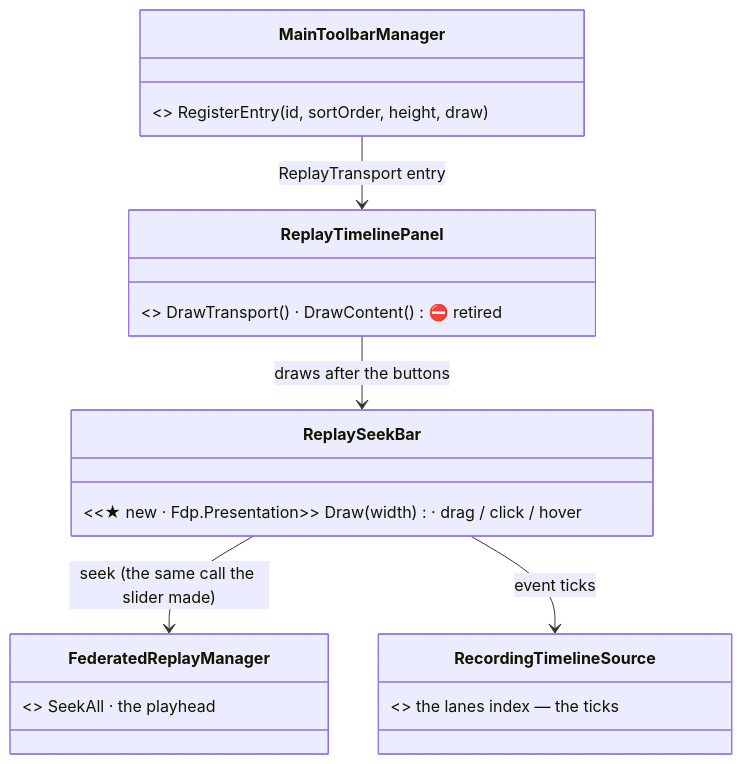
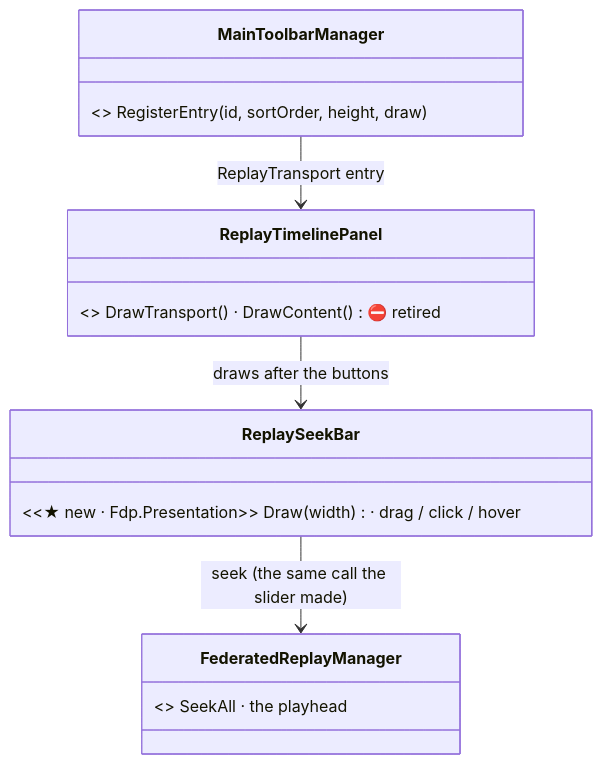
Before and after one commit to pjanec/HROT: the first of 2 diagrams in docs/UX/DESIGN_Replay_Browser_UX.md, drawn with Mermaid. The commit also changed other lines of this file and 7 other files, not shown here.

First line of the commit message:
Replay Browser answers (R-4155): no seek-bar ticks, Replay Timeline window retired, per-host main bars; its breakpoints use the shared condition editor; the seek-diff window label-first; show on map approved

````diff
--- a/docs/UX/DESIGN_Replay_Browser_UX.md
+++ b/docs/UX/DESIGN_Replay_Browser_UX.md
@@ -63,12 +65,10 @@
 ```mermaid
 classDiagram
   class MainToolbarManager { <<existing>> RegisterEntry(id, sortOrder, height, draw) }
   class ReplayTimelinePanel { <<existing>> DrawTransport() · DrawContent() ⛔ retired }
   class ReplaySeekBar { <<★ new · Fdp.Presentation>> Draw(width) · drag / click / hover }
   class FederatedReplayManager { <<existing>> SeekAll · the playhead }
-  class RecordingTimelineSource { <<existing>> the lanes index — the ticks }
   MainToolbarManager --> ReplayTimelinePanel : ReplayTransport entry
   ReplayTimelinePanel --> ReplaySeekBar : draws after the buttons
   ReplaySeekBar --> FederatedReplayManager : seek (the same call the slider made)
-  ReplaySeekBar --> RecordingTimelineSource : event ticks
-```
+  ```
````
